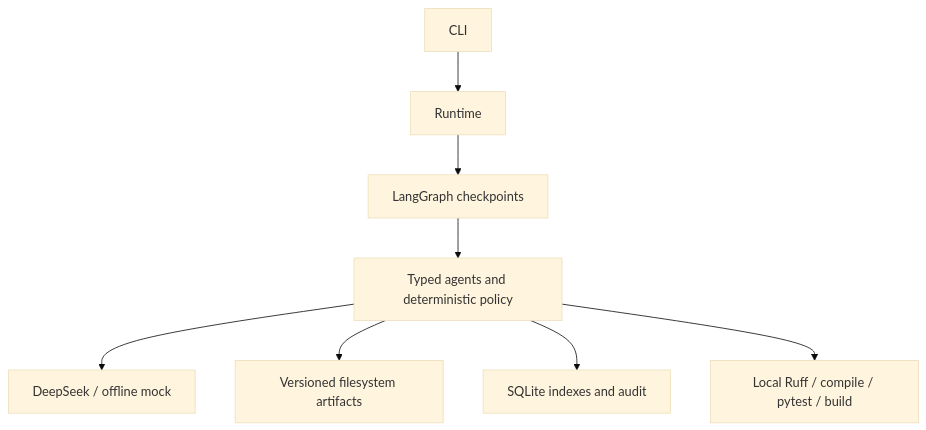
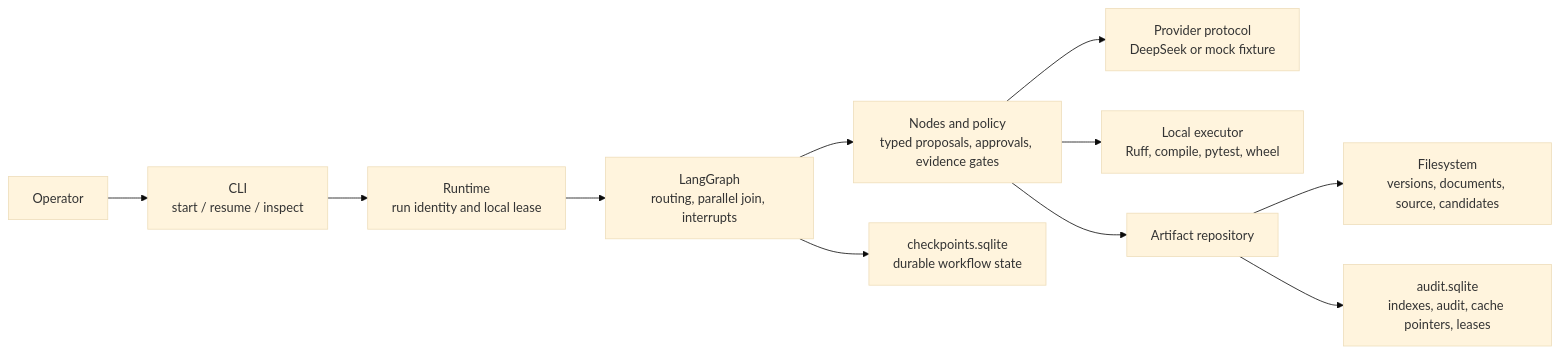
The diagram in docs/architecture.md (kavish-agarwal-tech/ssdlc-agentic-flow), drawn with Mermaid (base theme) before and after one commit. The commit also changed other lines of this file and 6 other files, not shown here.

Commit message:
Clarify setup, execution, architecture and enhancement roadmap

````diff
--- a/docs/architecture.md
+++ b/docs/architecture.md
@@ -5,10 +5,13 @@
 ```mermaid
-flowchart TD
-  CLI --> Runtime
-  Runtime --> Graph[LangGraph checkpoints]
-  Graph --> Nodes[Typed agents and deterministic policy]
-  Nodes --> DeepSeek[DeepSeek / offline mock]
-  Nodes --> Files[Versioned filesystem artifacts]
-  Nodes --> DB[SQLite indexes and audit]
-  Nodes --> Tools[Local Ruff / compile / pytest / build]
+flowchart LR
+  Operator["Operator"] --> CLI["CLI<br/>start / resume / inspect"]
+  CLI --> Runtime["Runtime<br/>run identity and local lease"]
+  Runtime --> Graph["LangGraph<br/>routing, parallel join, interrupts"]
+  Graph --> Nodes["Nodes and policy<br/>typed proposals, approvals, evidence gates"]
+  Nodes --> Provider["Provider protocol<br/>DeepSeek or mock fixture"]
+  Nodes --> Executor["Local executor<br/>Ruff, compile, pytest, wheel"]
+  Nodes --> Repository["Artifact repository"]
+  Repository --> Files["Filesystem<br/>versions, documents, source, candidates"]
+  Repository --> Audit["audit.sqlite<br/>indexes, audit, cache pointers, leases"]
+  Graph --> Checkpoint["checkpoints.sqlite<br/>durable workflow state"]
 ```
````
